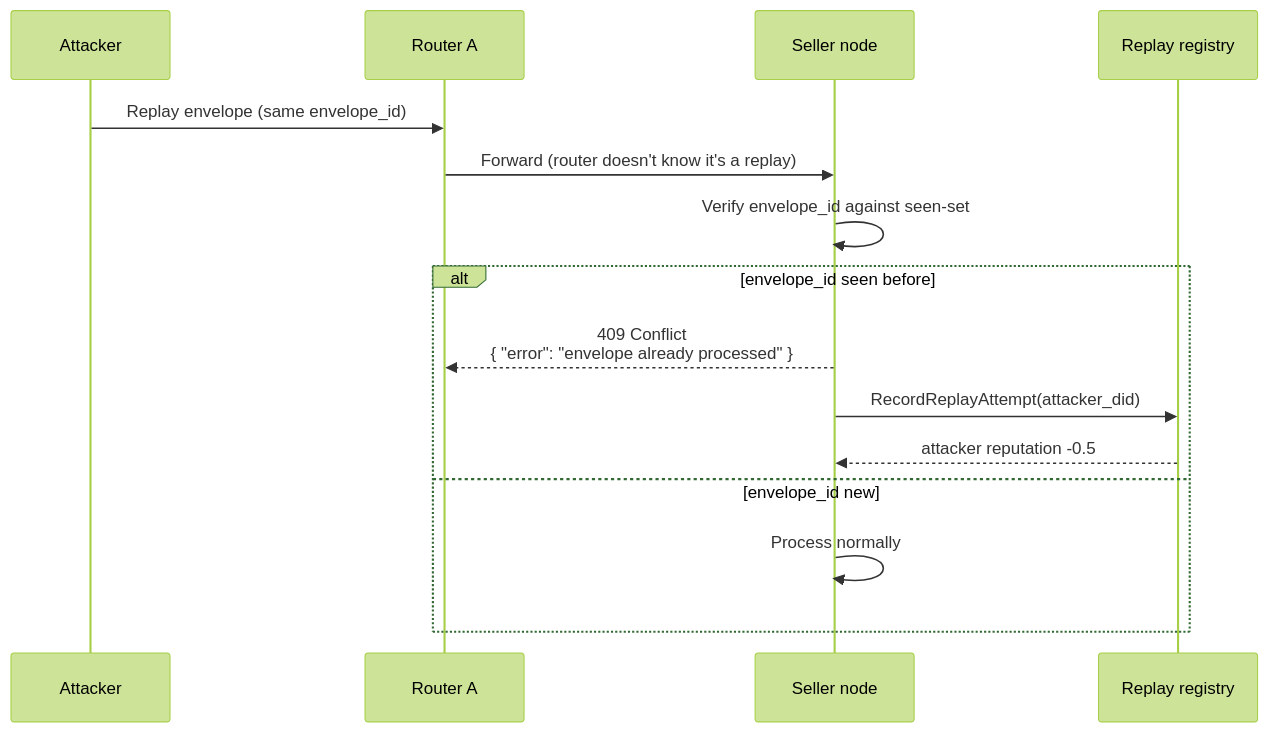
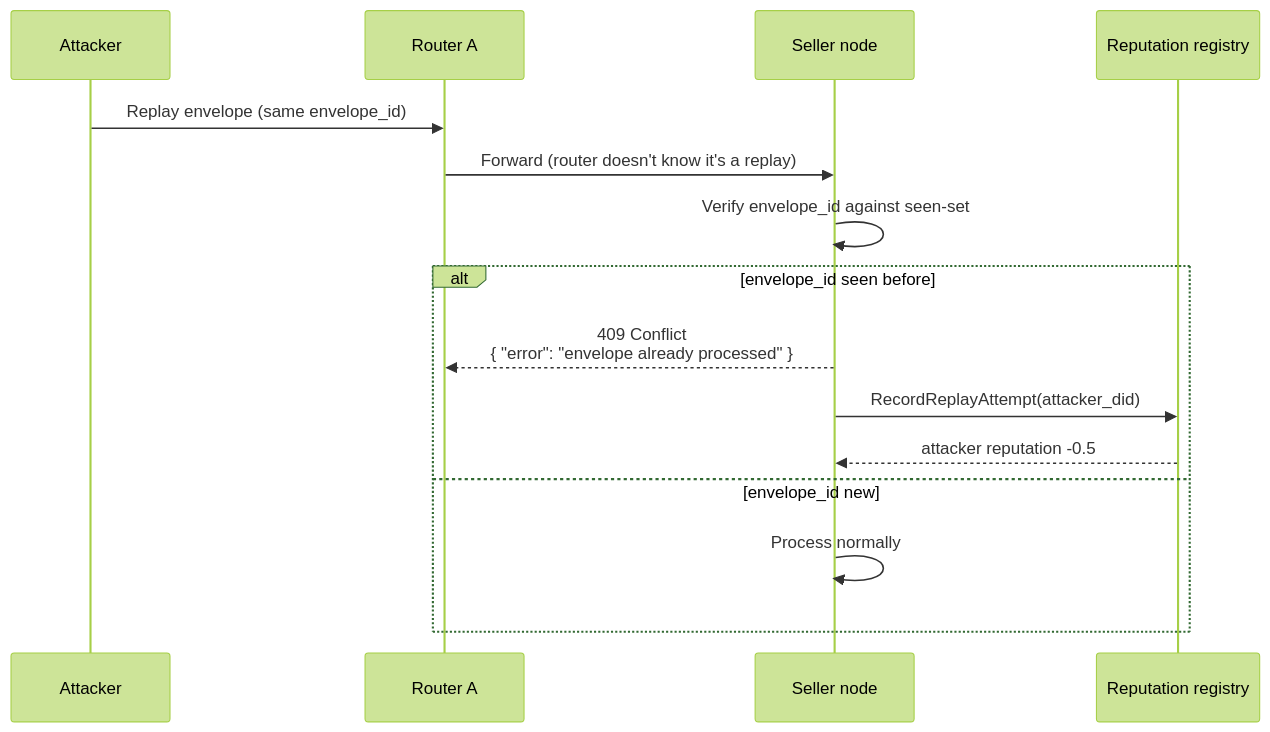
Diagram 11 of 14 in docs/architecture/end-to-end-scenarios.md (CipherOcto/cipherocto), drawn with Mermaid (forest theme) before and after one commit. The commit also changed other lines of this file, not shown here.

````diff
--- a/docs/architecture/end-to-end-scenarios.md
+++ b/docs/architecture/end-to-end-scenarios.md
@@ -475,18 +476,18 @@
 ```mermaid
 sequenceDiagram
     participant A as Attacker
     participant P1 as Router A
     participant SN as Seller node
-    participant RR as Replay registry
+    participant RR as Reputation registry
 
     A->>P1: Replay envelope (same envelope_id)
     P1->>SN: Forward (router doesn't know it's a replay)
     SN->>SN: Verify envelope_id against seen-set
     alt envelope_id seen before
         SN-->>P1: 409 Conflict<br/>{ "error": "envelope already processed" }
         SN->>RR: RecordReplayAttempt(attacker_did)
         RR-->>SN: attacker reputation -0.5
     else envelope_id new
         SN->>SN: Process normally
     end
 ```
````
